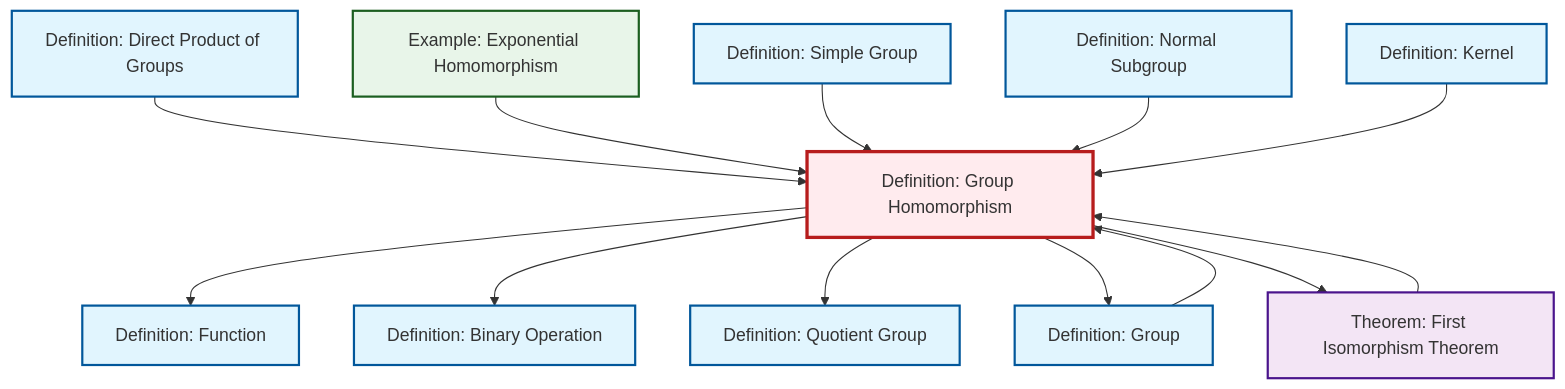
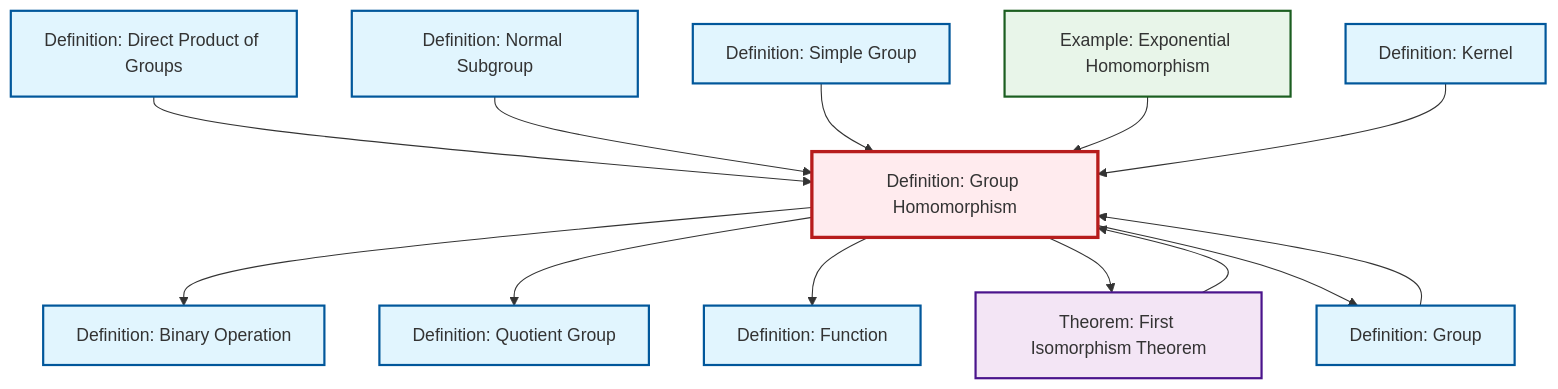
Before and after one commit to RK0429/ModernMath: the diagram in content/ja/algebra/def-homomorphism.qmd, drawn with Mermaid. The commit also changed other lines of this file and 18 other files, not shown here.

````diff
--- a/content/ja/algebra/def-homomorphism.qmd
+++ b/content/ja/algebra/def-homomorphism.qmd
@@ -66,43 +66,43 @@
 ```{mermaid}
 %%| fig-cap: "Local dependency graph"
 graph TD
     classDef definition fill:#e1f5fe,stroke:#01579b,stroke-width:2px
     classDef theorem fill:#f3e5f5,stroke:#4a148c,stroke-width:2px
     classDef axiom fill:#fff3e0,stroke:#e65100,stroke-width:2px
     classDef example fill:#e8f5e9,stroke:#1b5e20,stroke-width:2px
     classDef current fill:#ffebee,stroke:#b71c1c,stroke-width:3px
+    def-homomorphism["Definition: Group Homomorphism"]:::definition
+    def-group["Definition: Group"]:::definition
+    def-function["Definition: Function"]:::definition
+    thm-first-isomorphism["Theorem: First Isomorphism Theorem"]:::theorem
     def-quotient-group["Definition: Quotient Group"]:::definition
     ex-exponential-homomorphism["Example: Exponential Homomorphism"]:::example
+    def-binary-operation["Definition: Binary Operation"]:::definition
+    def-simple-group["Definition: Simple Group"]:::definition
     def-direct-product["Definition: Direct Product of Groups"]:::definition
     def-kernel["Definition: Kernel"]:::definition
-    def-simple-group["Definition: Simple Group"]:::definition
-    def-group["Definition: Group"]:::definition
-    def-binary-operation["Definition: Binary Operation"]:::definition
-    def-function["Definition: Function"]:::definition
-    def-homomorphism["Definition: Group Homomorphism"]:::definition
     def-normal-subgroup["Definition: Normal Subgroup"]:::definition
-    thm-first-isomorphism["Theorem: First Isomorphism Theorem"]:::theorem
-    def-group --> def-homomorphism
+    def-homomorphism --> def-binary-operation
     def-direct-product --> def-homomorphism
-    def-homomorphism --> def-function
-    ex-exponential-homomorphism --> def-homomorphism
-    thm-first-isomorphism --> def-homomorphism
-    def-simple-group --> def-homomorphism
-    def-homomorphism --> def-binary-operation
     def-homomorphism --> def-quotient-group
     def-normal-subgroup --> def-homomorphism
+    def-group --> def-homomorphism
+    def-simple-group --> def-homomorphism
+    def-homomorphism --> def-function
+    def-homomorphism --> thm-first-isomorphism
+    ex-exponential-homomorphism --> def-homomorphism
+    def-kernel --> def-homomorphism
     def-homomorphism --> def-group
-    def-kernel --> def-homomorphism
-    def-homomorphism --> thm-first-isomorphism
+    thm-first-isomorphism --> def-homomorphism
     class def-homomorphism current
+    click def-group "def-group.html" "Definition: Groupへ"
+    click def-function "def-function.html" "Definition: Functionへ"
+    click thm-first-isomorphism "thm-first-isomorphism.html" "Theorem: First Isomorphism Theoremへ"
     click def-quotient-group "def-quotient-group.html" "Definition: Quotient Groupへ"
     click ex-exponential-homomorphism "ex-exponential-homomorphism.html" "Example: Exponential Homomorphismへ"
+    click def-binary-operation "def-binary-operation.html" "Definition: Binary Operationへ"
+    click def-simple-group "def-simple-group.html" "Definition: Simple Groupへ"
     click def-direct-product "def-direct-product.html" "Definition: Direct Product of Groupsへ"
     click def-kernel "def-kernel.html" "Definition: Kernelへ"
-    click def-simple-group "def-simple-group.html" "Definition: Simple Groupへ"
-    click def-group "def-group.html" "Definition: Groupへ"
-    click def-binary-operation "def-binary-operation.html" "Definition: Binary Operationへ"
-    click def-function "def-function.html" "Definition: Functionへ"
     click def-normal-subgroup "def-normal-subgroup.html" "Definition: Normal Subgroupへ"
-    click thm-first-isomorphism "thm-first-isomorphism.html" "Theorem: First Isomorphism Theoremへ"
 ```
````
